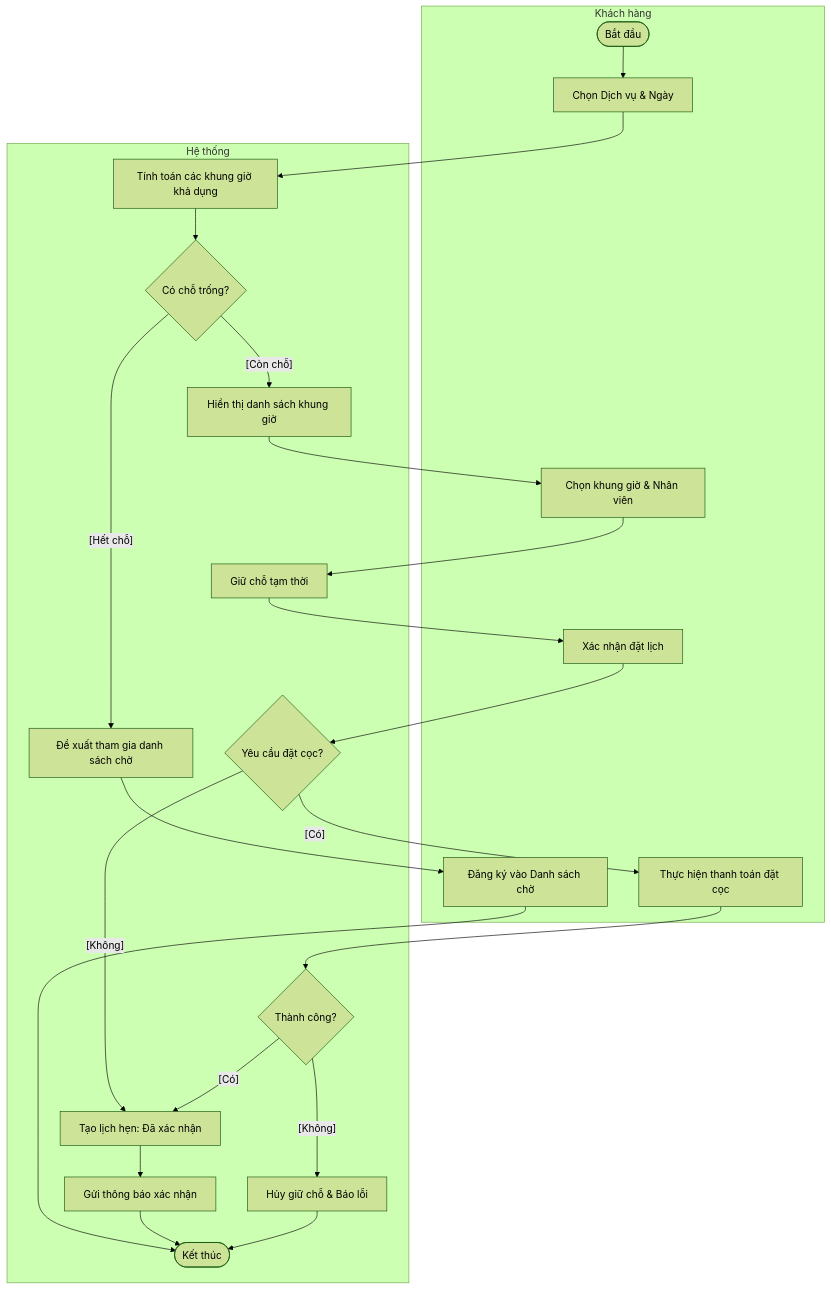
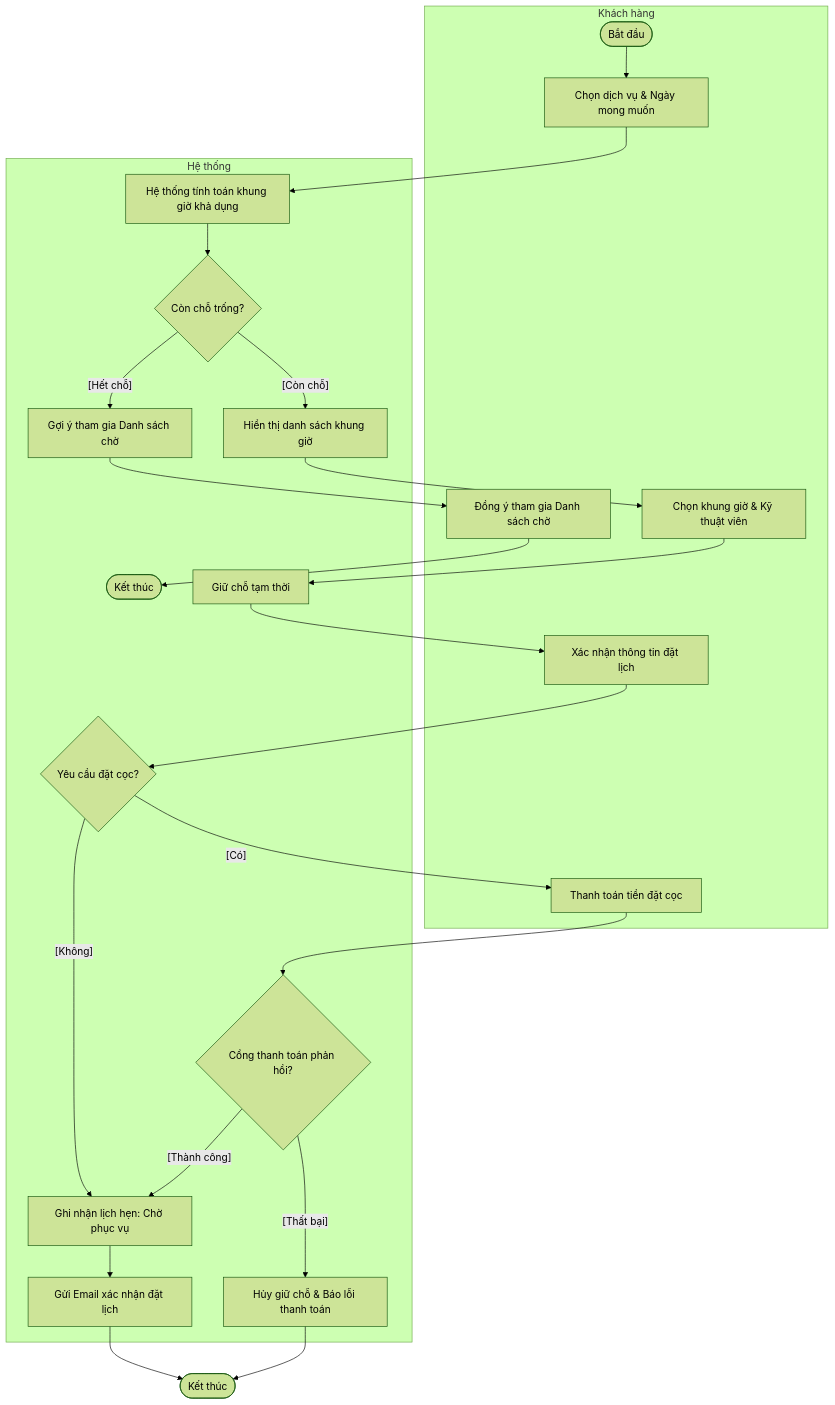
The third of 10 diagrams in docs/design/activity_diagrams.md (ngoctinn/Synapse), drawn with Mermaid (forest theme) before and after one commit. The commit also changed other lines of this file and 6 other files, not shown here.

Commit message:
docs: Add initial design documentation covering use cases, data specifications, and various system diagrams.

````diff
--- a/docs/design/activity_diagrams.md
+++ b/docs/design/activity_diagrams.md
@@ -63,38 +63,38 @@
 ```mermaid
 flowchart TD
     subgraph KhachHang ["Khách hàng"]
-        Start([Bắt đầu]) --> SelectService[Chọn Dịch vụ & Ngày]
-        SelectSlot[Chọn khung giờ & Nhân viên]
-        ConfirmBooking[Xác nhận đặt lịch]
-        Pay[Thực hiện thanh toán đặt cọc]
-        JoinWaitlist[Đăng ký vào Danh sách chờ]
+        Start([Bắt đầu]) --> Browse[Chọn dịch vụ & Ngày mong muốn]
+        SelectOption[Chọn khung giờ & Kỹ thuật viên]
+        Confirm[Xác nhận thông tin đặt lịch]
+        Pay[Thanh toán tiền đặt cọc]
+        Waitlist[Đồng ý tham gia Danh sách chờ]
     end
 
     subgraph HeThong ["Hệ thống"]
-        SelectService --> Search[Tính toán các khung giờ khả dụng]
-        Search --> SlotAvailability{Có chỗ trống?}
+        Browse --> GetSlots[Hệ thống tính toán khung giờ khả dụng]
+        GetSlots --> CheckAvailability{Còn chỗ trống?}
 
-        SlotAvailability -- "[Hết chỗ]" --> Suggest[Đề xuất tham gia danh sách chờ]
-        SlotAvailability -- "[Còn chỗ]" --> ShowSlots[Hiển thị danh sách khung giờ]
+        CheckAvailability -- "[Hết chỗ]" --> OfferWaitlist[Gợi ý tham gia Danh sách chờ]
+        CheckAvailability -- "[Còn chỗ]" --> DisplaySlots[Hiển thị danh sách khung giờ]
 
-        Suggest --> JoinWaitlist
-        JoinWaitlist --> End([Kết thúc])
+        OfferWaitlist --> Waitlist
+        Waitlist --> EndWait([Kết thúc])
 
-        ShowSlots --> SelectSlot
-        SelectSlot --> Hold[Giữ chỗ tạm thời]
-        Hold --> ConfirmBooking
+        DisplaySlots --> SelectOption
+        SelectOption --> HoldSlot[Giữ chỗ tạm thời]
+        HoldSlot --> Confirm
 
-        ConfirmBooking --> Policy{Yêu cầu đặt cọc?}
-        Policy -- "[Có]" --> Pay
-        Policy -- "[Không]" --> CreateBooking[Tạo lịch hẹn: Đã xác nhận]
+        Confirm --> DepositReq{Yêu cầu đặt cọc?}
+        DepositReq -- "[Có]" --> Pay
+        DepositReq -- "[Không]" --> CommitBooking[Ghi nhận lịch hẹn: Chờ phục vụ]
 
-        Pay --> PayVerify{Thành công?}
-        PayVerify -- "[Có]" --> CreateBooking
-        PayVerify -- "[Không]" --> Release[Hủy giữ chỗ & Báo lỗi]
+        Pay --> PayStatus{Cổng thanh toán phản hồi?}
+        PayStatus -- "[Thành công]" --> CommitBooking
+        PayStatus -- "[Thất bại]" --> ReleaseSlot[Hủy giữ chỗ & Báo lỗi thanh toán]
 
-        CreateBooking --> SendNoti[Gửi thông báo xác nhận]
+        CommitBooking --> SendConfirm[Gửi Email xác nhận đặt lịch]
     end
 
-    SendNoti --> End
-    Release --> End
+    SendConfirm --> End([Kết thúc])
+    ReleaseSlot --> End
 ```
````
